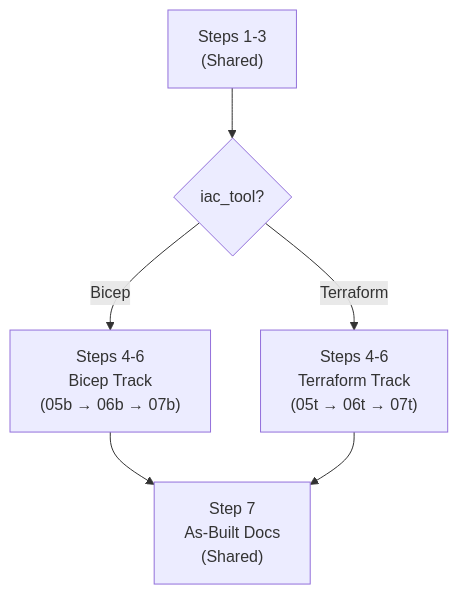
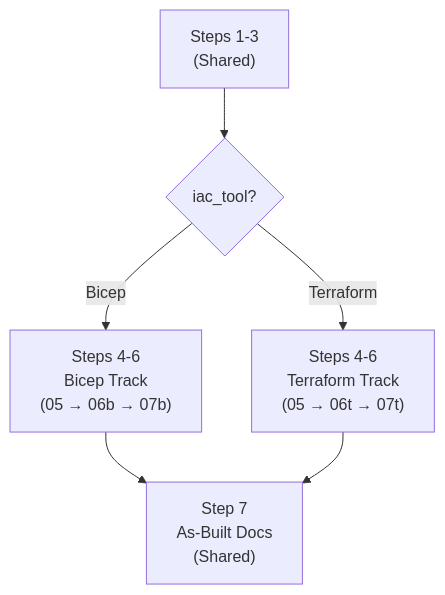
Before and after one commit to jonathan-vella/apex: the diagram in site/src/content/docs/concepts/how-it-works/architecture.md, drawn with Mermaid. The commit also changed other lines of this file and 253 other files, not shown here.

````diff
--- a/site/src/content/docs/concepts/how-it-works/architecture.md
+++ b/site/src/content/docs/concepts/how-it-works/architecture.md
@@ -94,17 +94,17 @@
 ```mermaid
 flowchart TD
 
 
 
     Shared["Steps 1-3\n(Shared)"]
     Decision{"iac_tool?"}
-    Bicep["Steps 4-6\nBicep Track\n(05b → 06b → 07b)"]:::track
-    Terraform["Steps 4-6\nTerraform Track\n(05t → 06t → 07t)"]:::track
+    Bicep["Steps 4-6\nBicep Track\n(05 → 06b → 07b)"]:::track
+    Terraform["Steps 4-6\nTerraform Track\n(05 → 06t → 07t)"]:::track
     AsBuilt["Step 7\nAs-Built Docs\n(Shared)"]:::endNode
 
     Shared --> Decision
     Decision -->|Bicep| Bicep
     Decision -->|Terraform| Terraform
     Bicep --> AsBuilt
     Terraform --> AsBuilt
 ```
````
